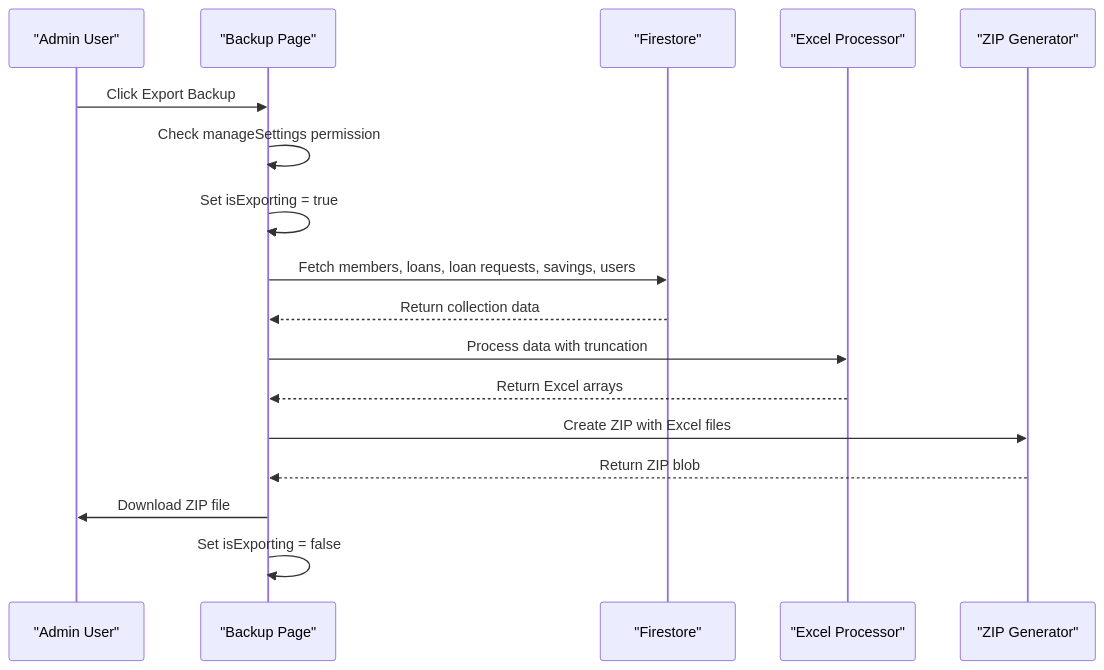
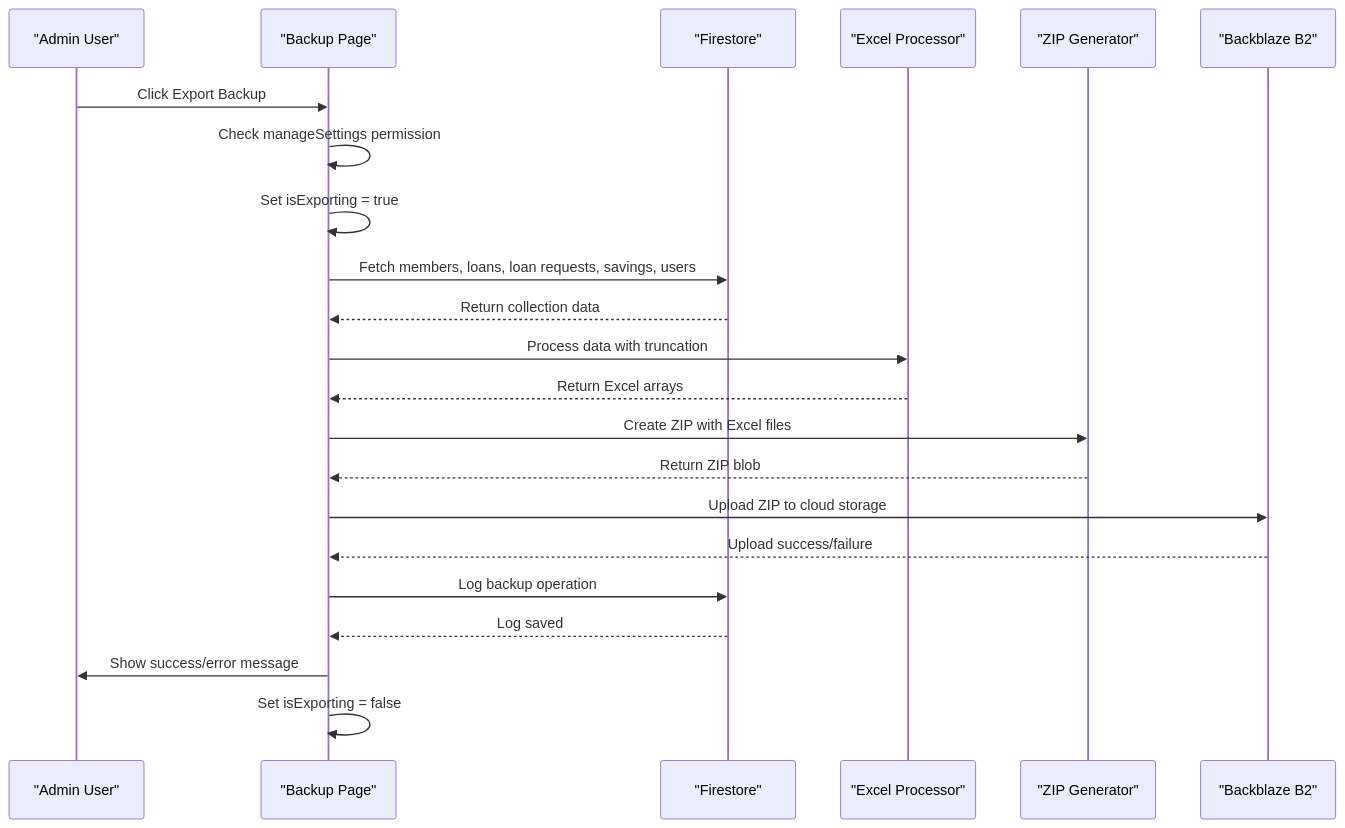
Before and after one commit to Unsure-bry/sampacoop_system: diagram 16 of 22 in .qoder/repowiki/en/content/Project Overview/Core Features & Functionality/Administrative Features/Administrative Features.md, drawn with Mermaid. The commit also changed other lines of this file and 11 other files, not shown here.

````diff
--- a/.qoder/repowiki/en/content/Project Overview/Core Features & Functionality/Administrative Features/Administrative Features.md
+++ b/.qoder/repowiki/en/content/Project Overview/Core Features & Functionality/Administrative Features/Administrative Features.md
@@ -733,19 +791,24 @@
 ```mermaid
 sequenceDiagram
 participant User as "Admin User"
 participant Backup as "Backup Page"
 participant Firestore as "Firestore"
 participant Excel as "Excel Processor"
 participant Zip as "ZIP Generator"
+participant B2 as "Backblaze B2"
 User->>Backup : Click Export Backup
 Backup->>Backup : Check manageSettings permission
 Backup->>Backup : Set isExporting = true
 Backup->>Firestore : Fetch members, loans, loan requests, savings, users
 Firestore-->>Backup : Return collection data
 Backup->>Excel : Process data with truncation
 Excel-->>Backup : Return Excel arrays
 Backup->>Zip : Create ZIP with Excel files
 Zip-->>Backup : Return ZIP blob
-Backup->>User : Download ZIP file
+Backup->>B2 : Upload ZIP to cloud storage
+B2-->>Backup : Upload success/failure
+Backup->>Firestore : Log backup operation
+Firestore-->>Backup : Log saved
+Backup->>User : Show success/error message
 Backup->>Backup : Set isExporting = false
 ```
````
